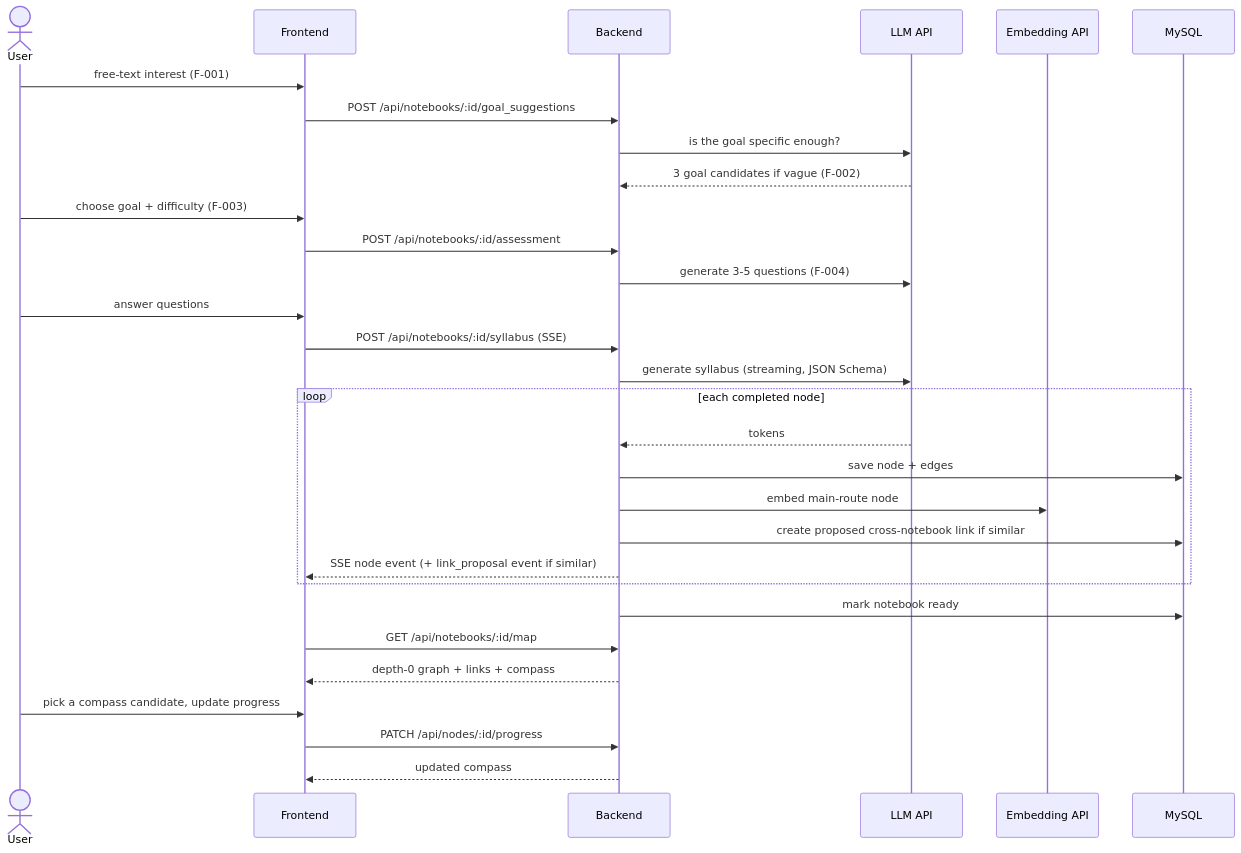
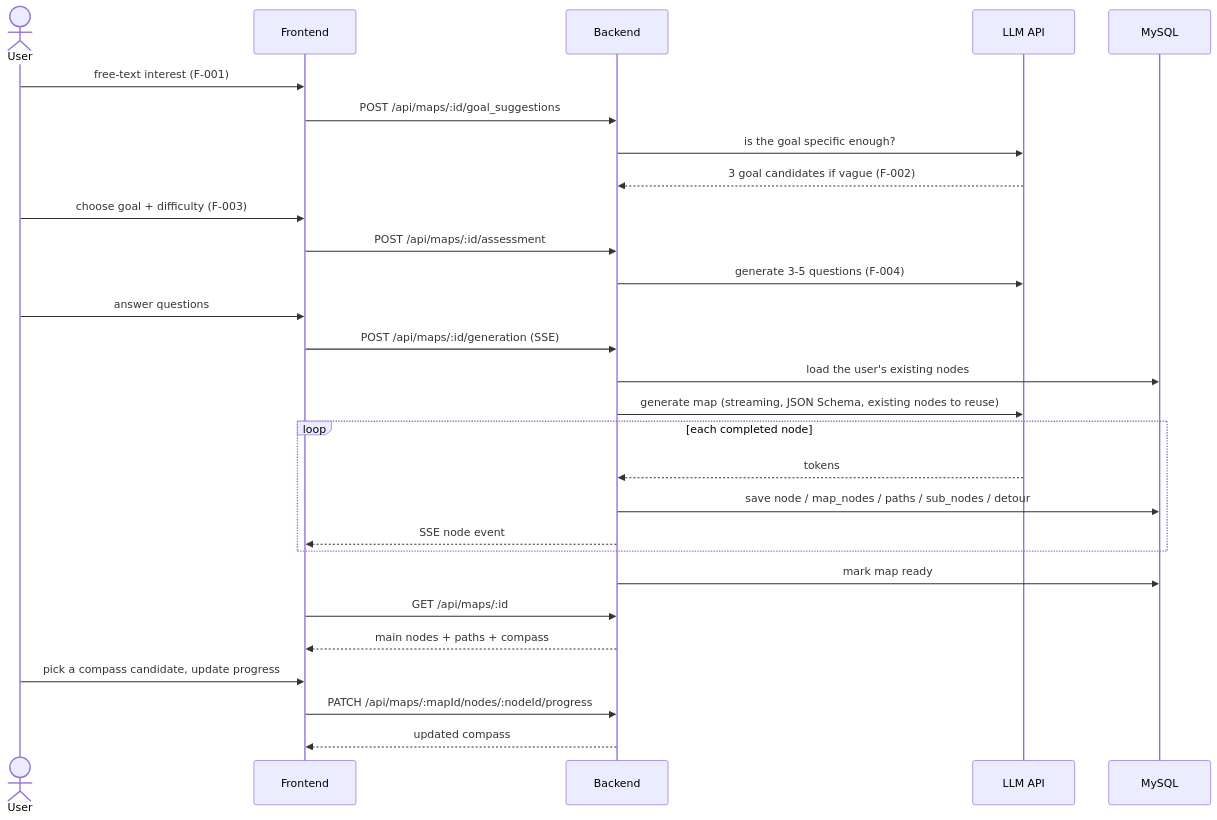
Before and after one commit to ryuma-1/Campass: the second of 2 diagrams in .claude/rules/code/architecture.md, drawn with Mermaid. The commit also changed other lines of this file and 6 other files, not shown here.

````diff
--- a/.claude/rules/code/architecture.md
+++ b/.claude/rules/code/architecture.md
@@ -36,33 +34,31 @@
 ```mermaid
 sequenceDiagram
     actor U as User
     participant FE as Frontend
     participant BE as Backend
     participant LLM as LLM API
-    participant EMB as Embedding API
     participant DB as MySQL
 
     U->>FE: free-text interest (F-001)
-    FE->>BE: POST /api/notebooks/:id/goal_suggestions
+    FE->>BE: POST /api/maps/:id/goal_suggestions
     BE->>LLM: is the goal specific enough?
     LLM-->>BE: 3 goal candidates if vague (F-002)
     U->>FE: choose goal + difficulty (F-003)
-    FE->>BE: POST /api/notebooks/:id/assessment
+    FE->>BE: POST /api/maps/:id/assessment
     BE->>LLM: generate 3-5 questions (F-004)
     U->>FE: answer questions
-    FE->>BE: POST /api/notebooks/:id/syllabus (SSE)
-    BE->>LLM: generate syllabus (streaming, JSON Schema)
+    FE->>BE: POST /api/maps/:id/generation (SSE)
+    BE->>DB: load the user's existing nodes
+    BE->>LLM: generate map (streaming, JSON Schema, existing nodes to reuse)
     loop each completed node
         LLM-->>BE: tokens
-        BE->>DB: save node + edges
-        BE->>EMB: embed main-route node
-        BE->>DB: create proposed cross-notebook link if similar
-        BE-->>FE: SSE node event (+ link_proposal event if similar)
+        BE->>DB: save node / map_nodes / paths / sub_nodes / detour
+        BE-->>FE: SSE node event
     end
-    BE->>DB: mark notebook ready
-    FE->>BE: GET /api/notebooks/:id/map
-    BE-->>FE: depth-0 graph + links + compass
+    BE->>DB: mark map ready
+    FE->>BE: GET /api/maps/:id
+    BE-->>FE: main nodes + paths + compass
     U->>FE: pick a compass candidate, update progress
-    FE->>BE: PATCH /api/nodes/:id/progress
+    FE->>BE: PATCH /api/maps/:mapId/nodes/:nodeId/progress
     BE-->>FE: updated compass
 ```
````
